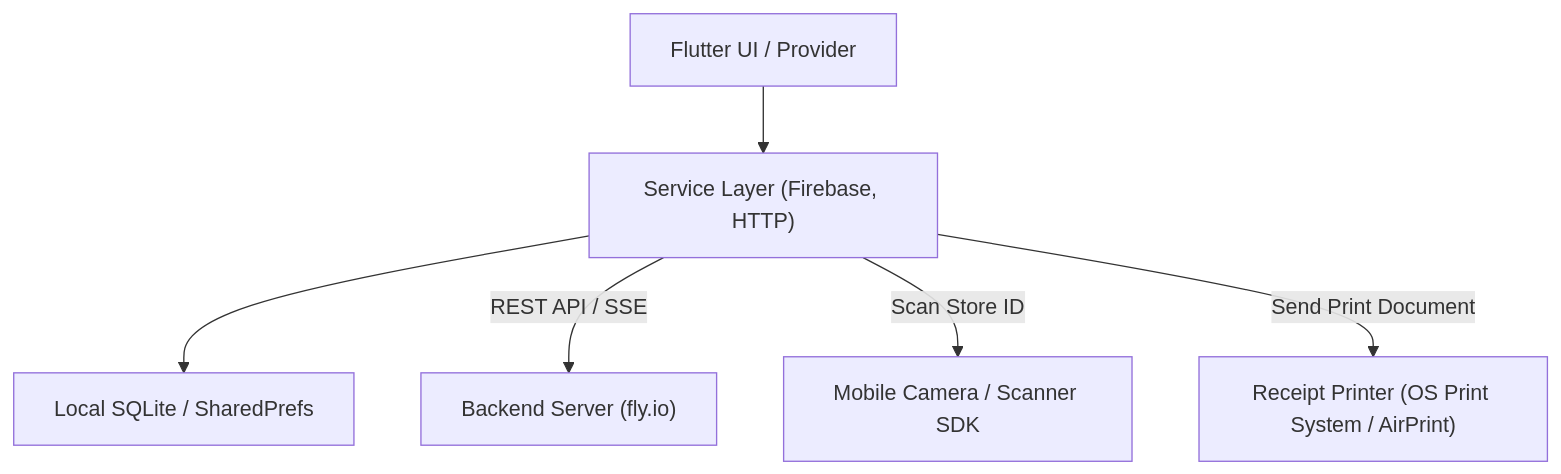
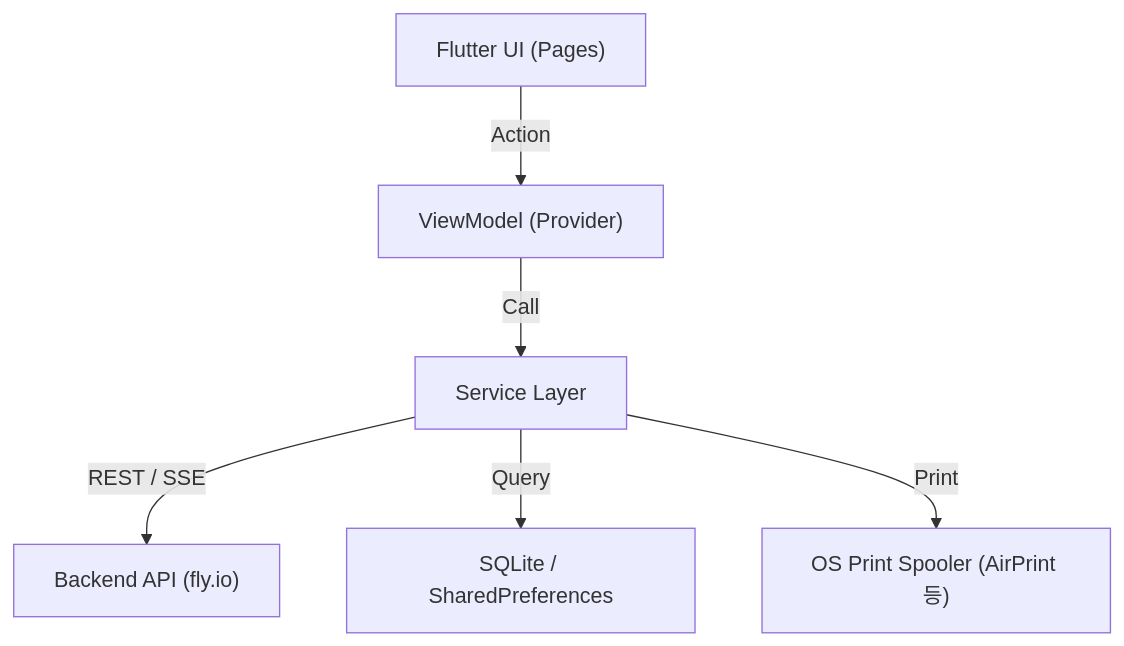
The diagram in README.ko.md (Espi8624/yoyaku_mate_provider), drawn with Mermaid before and after one commit. The commit also changed other lines of this file and 19 other files, not shown here.

````diff
--- a/README.ko.md
+++ b/README.ko.md
@@ -74,8 +42,8 @@
 ```mermaid
 graph TD
-    App["Flutter UI / Provider"] --> Services["Service Layer (Firebase, HTTP)"]
-    Services --> Cache["Local SQLite / SharedPrefs"]
-    Services -->|"REST API / SSE"| Server["Backend Server (fly.io)"]
-    Services -->|"Scan Store ID"| Scanner["Mobile Camera / Scanner SDK"]
-    Services -->|"Send Print Document"| Printer["Receipt Printer (OS Print System / AirPrint)"]
+    UI["Flutter UI (Pages)"] -->|Action| VM["ViewModel (Provider)"]
+    VM -->|Call| Services["Service Layer"]
+    Services -->|REST / SSE| Backend["Backend API (fly.io)"]
+    Services -->|Query| LocalDB["SQLite / SharedPreferences"]
+    Services -->|Print| Printer["OS Print Spooler (AirPrint 등)"]
 ```
````
